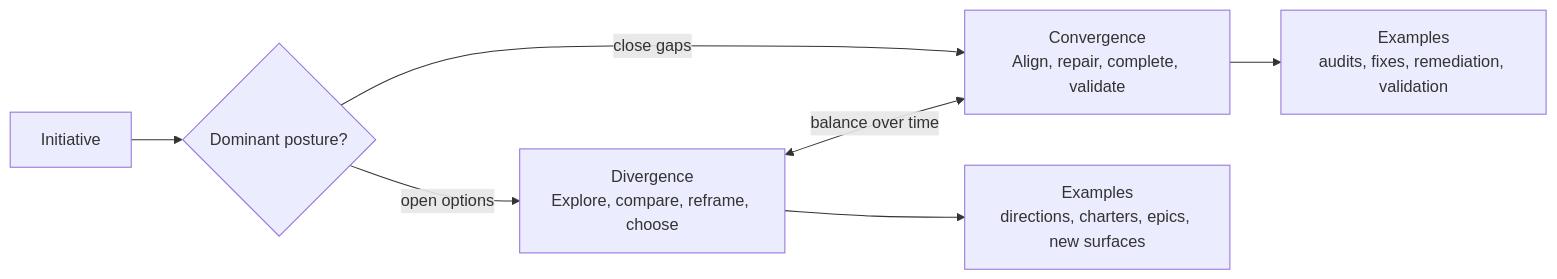
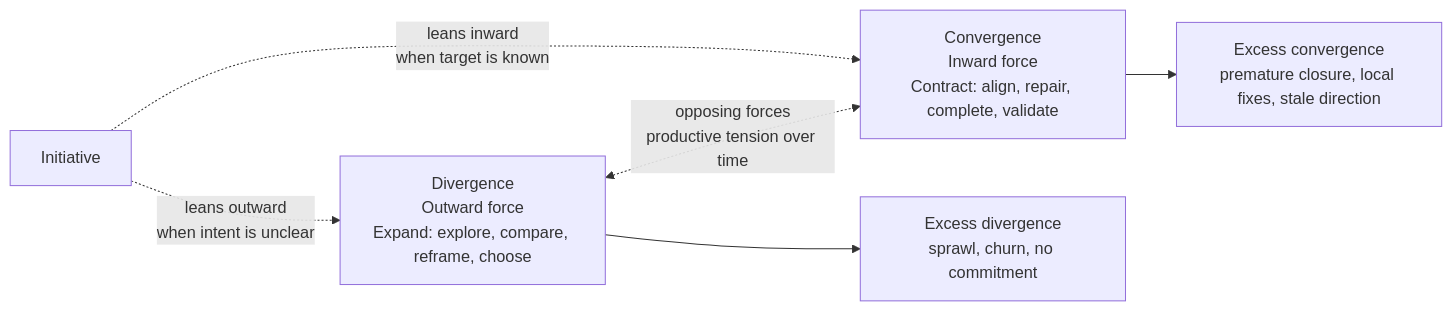
Before and after one commit to pnewsam/skills: the second of 11 diagrams in README.md, drawn with Mermaid. The commit also changed other lines of this file, not shown here.

````diff
--- a/README.md
+++ b/README.md
@@ -24,9 +24,8 @@
 ```mermaid
 flowchart LR
-    I["Initiative"] --> Q{"Dominant posture?"}
-    Q -->|open options| D["Divergence<br/>Explore, compare, reframe, choose"]
-    Q -->|close gaps| C["Convergence<br/>Align, repair, complete, validate"]
-    D <-->|balance over time| C
-    D --> DE["Examples<br/>directions, charters, epics, new surfaces"]
-    C --> CE["Examples<br/>audits, fixes, remediation, validation"]
+    D["Divergence<br/>Outward force<br/>Expand: explore, compare, reframe, choose"] <-.->|"opposing forces<br/>productive tension over time"| C["Convergence<br/>Inward force<br/>Contract: align, repair, complete, validate"]
+    I["Initiative"] -.->|"leans outward<br/>when intent is unclear"| D
+    I -.->|"leans inward<br/>when target is known"| C
+    D --> DE["Excess divergence<br/>sprawl, churn, no commitment"]
+    C --> CE["Excess convergence<br/>premature closure, local fixes, stale direction"]
 ```
````
